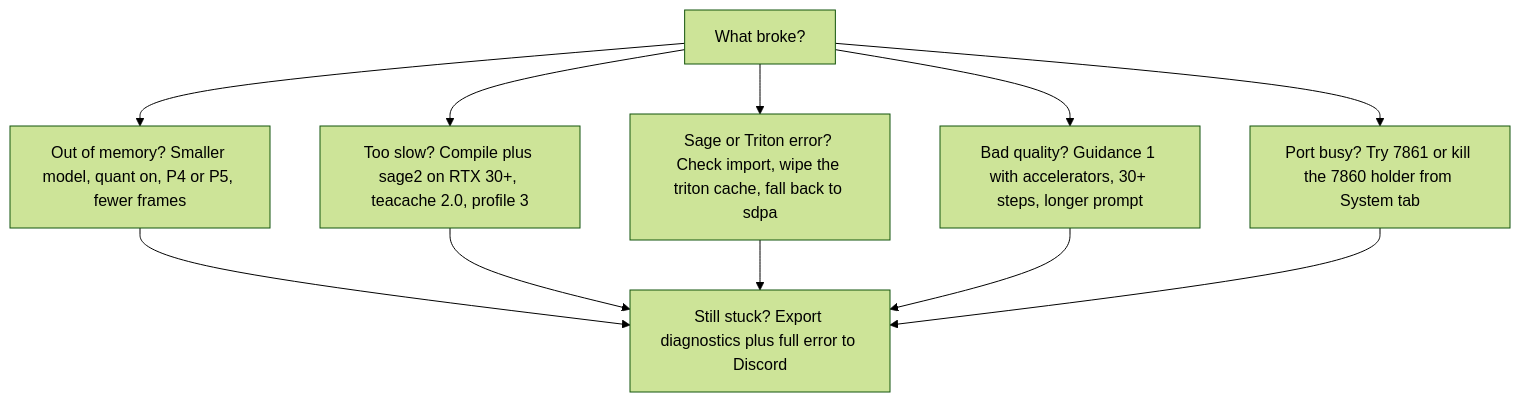
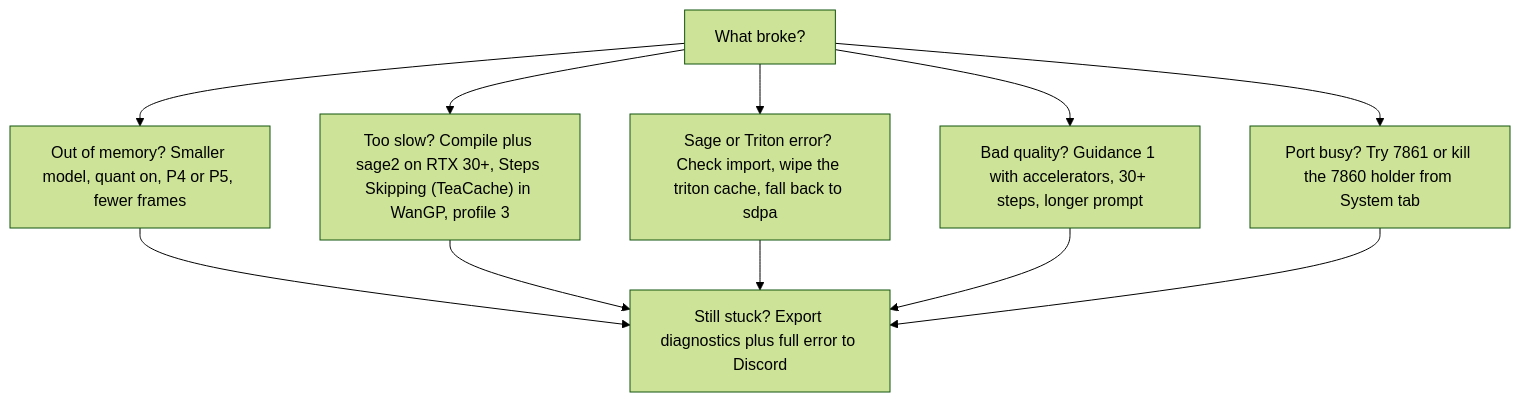
The tenth of 10 diagrams in docs/WAN2GP-GUIDE.md (GKartist75/Wan2GP-Desktop-Tauri), drawn with Mermaid (forest theme) before and after one commit. The commit also changed other lines of this file and 51 other files, not shown here.

````diff
--- a/docs/WAN2GP-GUIDE.md
+++ b/docs/WAN2GP-GUIDE.md
@@ -720,10 +790,10 @@
 ```mermaid
 flowchart TD
   S["What broke?"]
   S --> O["Out of memory? Smaller model, quant on, P4 or P5, fewer frames"]
-  S --> L["Too slow? Compile plus sage2 on RTX 30+, teacache 2.0, profile 3"]
+  S --> L["Too slow? Compile plus sage2 on RTX 30+, Steps Skipping (TeaCache) in WanGP, profile 3"]
   S --> K["Sage or Triton error? Check import, wipe the triton cache, fall back to sdpa"]
   S --> Q["Bad quality? Guidance 1 with accelerators, 30+ steps, longer prompt"]
   S --> P["Port busy? Try 7861 or kill the 7860 holder from System tab"]
   O & L & K & Q & P --> D["Still stuck? Export diagnostics plus full error to Discord"]
 ```
````
